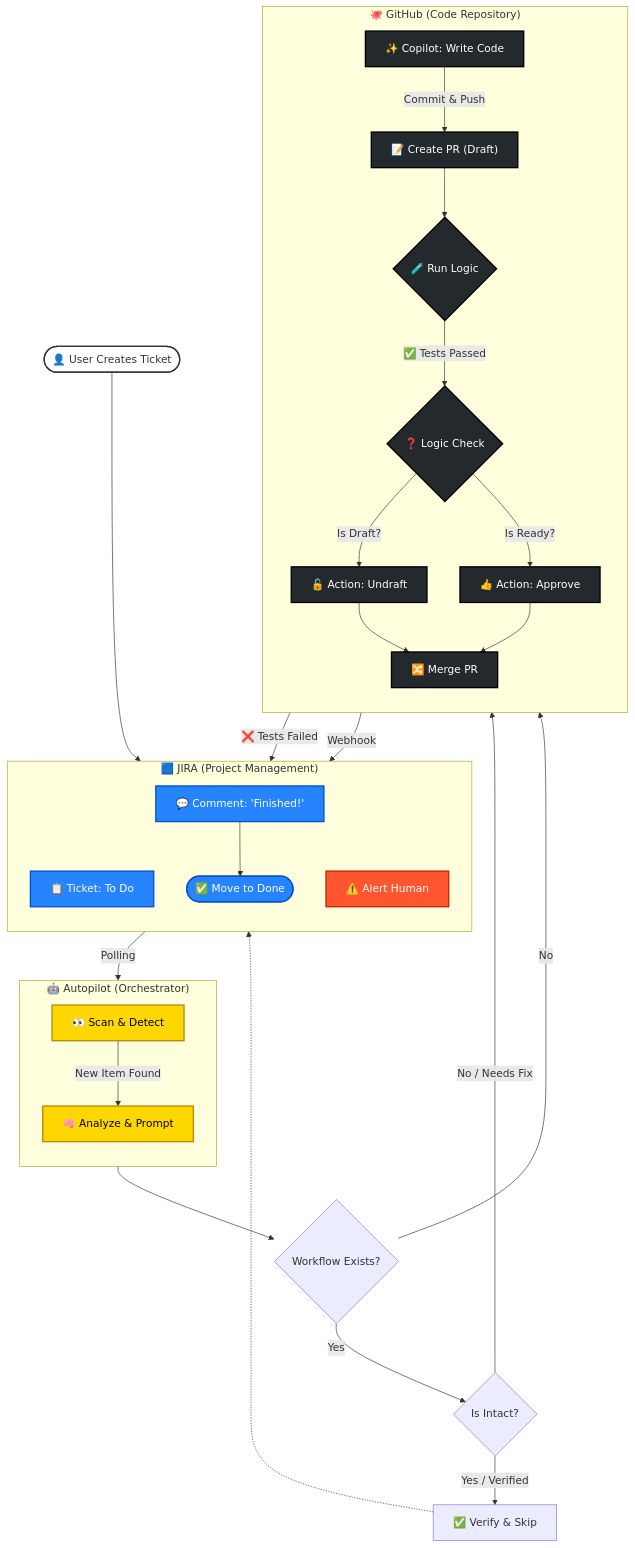
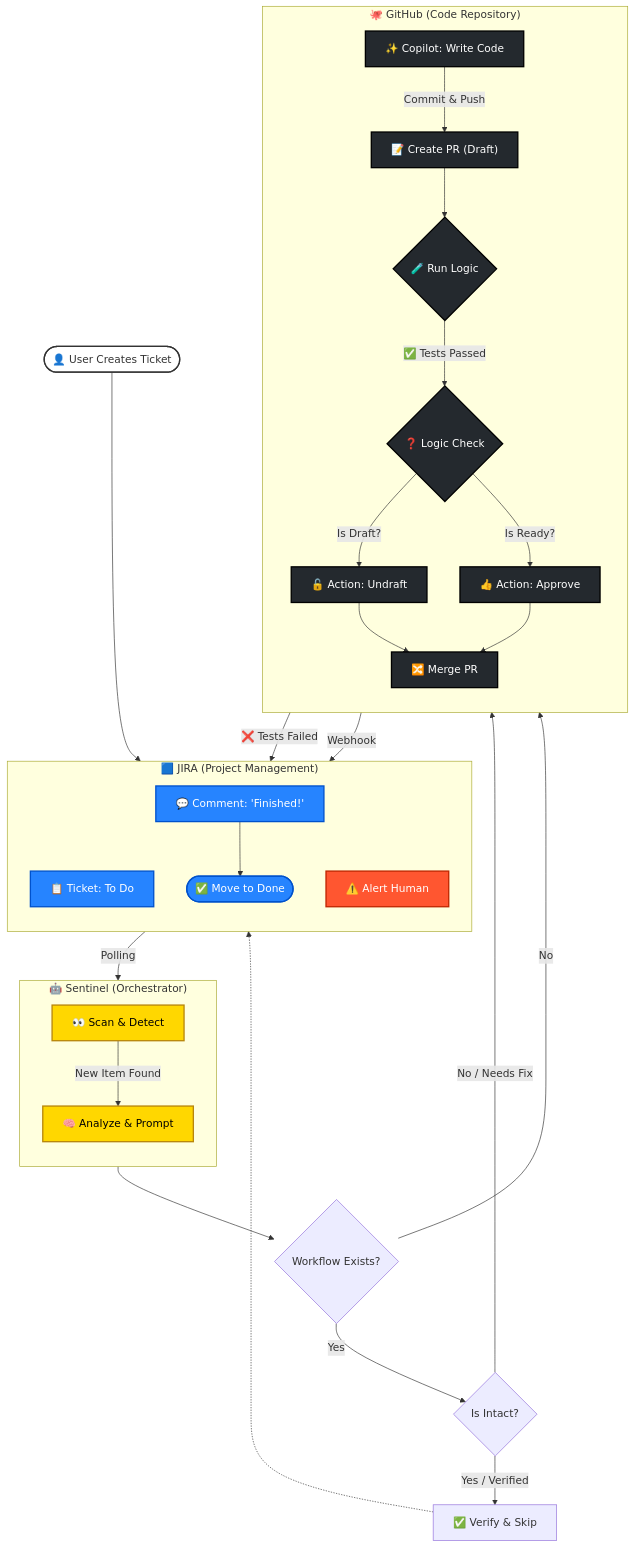
Before and after one commit to Unigalactix/SENTINEL: the diagram in README.md, drawn with Mermaid. The commit also changed other lines of this file and 16 other files, not shown here.

````diff
--- a/README.md
+++ b/README.md
@@ -146,79 +145,79 @@
 ```mermaid
 graph TD
     %% Define Styles
     classDef jira fill:#2684FF,stroke:#0052CC,stroke-width:2px,color:#fff;
     classDef auto fill:#FFD700,stroke:#B8860B,stroke-width:2px,color:#000;
     classDef gh fill:#24292e,stroke:#000,stroke-width:2px,color:#fff;
     classDef fail fill:#FF5630,stroke:#BF2600,stroke-width:2px,color:#fff;
     classDef success fill:#36B37E,stroke:#006644,stroke-width:2px,color:#fff;
 
     %% User Start
     Start(["👤 User Creates Ticket"])
     style Start fill:#fff,stroke:#333,stroke-width:2px
 
     %% Subgraph: Jira
     subgraph JIRA ["🟦 JIRA (Project Management)"]
         direction TB
         TicketState["📋 Ticket: To Do"]
         Comment["💬 Comment: 'Finished!'"]
         MoveDone(["✅ Move to Done"])
         HumanAlert["⚠️ Alert Human"]
     end
     class TicketState,Comment,MoveDone jira
     class HumanAlert fail
 
-    %% Subgraph: Autopilot
-    subgraph BOT ["🤖 Autopilot (Orchestrator)"]
+    %% Subgraph: Sentinel
+    subgraph BOT ["🤖 Sentinel (Orchestrator)"]
         direction TB
         Scan["👀 Scan & Detect"]
         Analyze["🧠 Analyze & Prompt"]
     end
     class Scan,Analyze auto
 
     %% Subgraph: GitHub
     subgraph GITHUB ["🐙 GitHub (Code Repository)"]
         direction TB
         Copilot["✨ Copilot: Write Code"]
         CreatePR["📝 Create PR (Draft)"]
         TestRun{"🧪 Run Logic"}
         Decision{"❓ Logic Check"}
         
         %% Actions
         ActionUndraft["🔓 Action: Undraft"]
         ActionApprove["👍 Action: Approve"]
         MergePR["🔀 Merge PR"]
     end
     class Copilot,CreatePR,MergePR,ActionUndraft,ActionApprove gh
     class TestRun,Decision gh
 
     %% Flow Connections
     Start --> TicketState
     TicketState -->|"Polling"| Scan
     Scan -->|"New Item Found"| Analyze
     
     %% New Decision Logic
     Analyze --> CheckExist{Workflow Exists?}
     CheckExist -->|No| Copilot
     CheckExist -->|Yes| CheckIntact{Is Intact?}
     
     CheckIntact -->|No / Needs Fix| Copilot
     CheckIntact -->|Yes / Verified| VerifySkip["✅ Verify & Skip"]
     
     VerifySkip -.-> MoveDone
     
     Copilot -->|"Commit & Push"| CreatePR
     CreatePR --> TestRun
     
     %% Logic Paths
     TestRun -->|"❌ Tests Failed"| HumanAlert
     TestRun -->|"✅ Tests Passed"| Decision
     
     Decision -->|"Is Draft?"| ActionUndraft
     Decision -->|"Is Ready?"| ActionApprove
     
     ActionUndraft --> MergePR
     ActionApprove --> MergePR
     
     MergePR -->|"Webhook"| Comment
     Comment --> MoveDone
 ```
````
